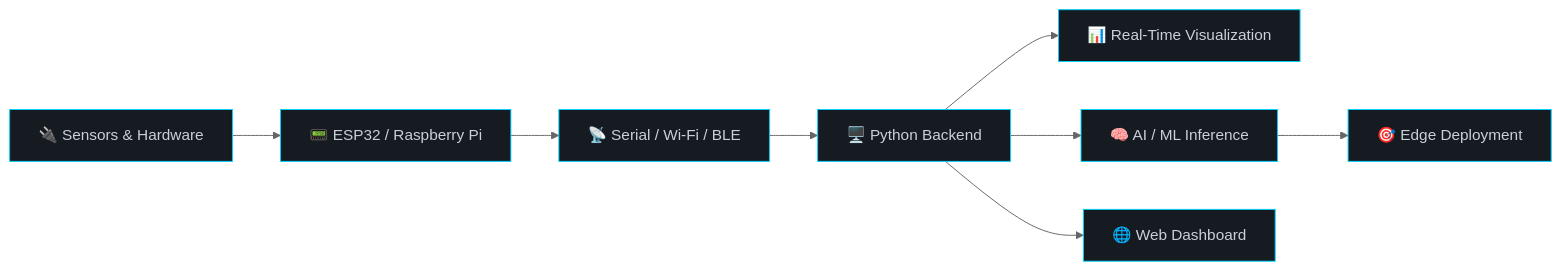
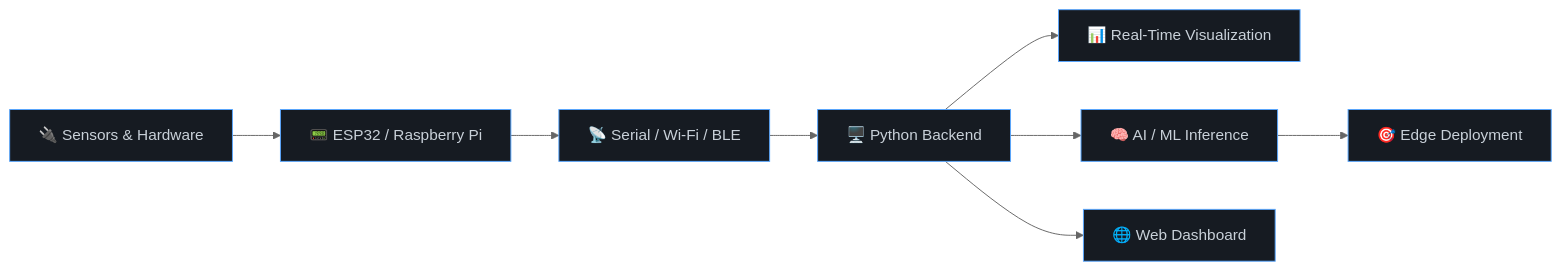
Before and after one commit to Sandhu93/Sandhu93: the diagram in README.md, drawn with Mermaid (neutral theme). The commit also changed other lines of this file, not shown here.

````diff
--- a/README.md
+++ b/README.md
@@ -165,19 +227,19 @@
 ```mermaid
 graph LR
     A[🔌 Sensors & Hardware] --> B[📟 ESP32 / Raspberry Pi]
     B --> C[📡 Serial / Wi-Fi / BLE]
     C --> D[🖥️ Python Backend]
     D --> E[📊 Real-Time Visualization]
     D --> F[🧠 AI / ML Inference]
     F --> G[🎯 Edge Deployment]
     D --> H[🌐 Web Dashboard]
 
-    style A fill:#161b22,stroke:#00d2ff,color:#c9d1d9
-    style B fill:#161b22,stroke:#00d2ff,color:#c9d1d9
-    style C fill:#161b22,stroke:#00d2ff,color:#c9d1d9
-    style D fill:#161b22,stroke:#00d2ff,color:#c9d1d9
-    style E fill:#161b22,stroke:#00d2ff,color:#c9d1d9
-    style F fill:#161b22,stroke:#00d2ff,color:#c9d1d9
-    style G fill:#161b22,stroke:#00d2ff,color:#c9d1d9
-    style H fill:#161b22,stroke:#00d2ff,color:#c9d1d9
+    style A fill:#161b22,stroke:#58a6ff,color:#c9d1d9
+    style B fill:#161b22,stroke:#58a6ff,color:#c9d1d9
+    style C fill:#161b22,stroke:#58a6ff,color:#c9d1d9
+    style D fill:#161b22,stroke:#58a6ff,color:#c9d1d9
+    style E fill:#161b22,stroke:#58a6ff,color:#c9d1d9
+    style F fill:#161b22,stroke:#58a6ff,color:#c9d1d9
+    style G fill:#161b22,stroke:#58a6ff,color:#c9d1d9
+    style H fill:#161b22,stroke:#58a6ff,color:#c9d1d9
 ```
````
